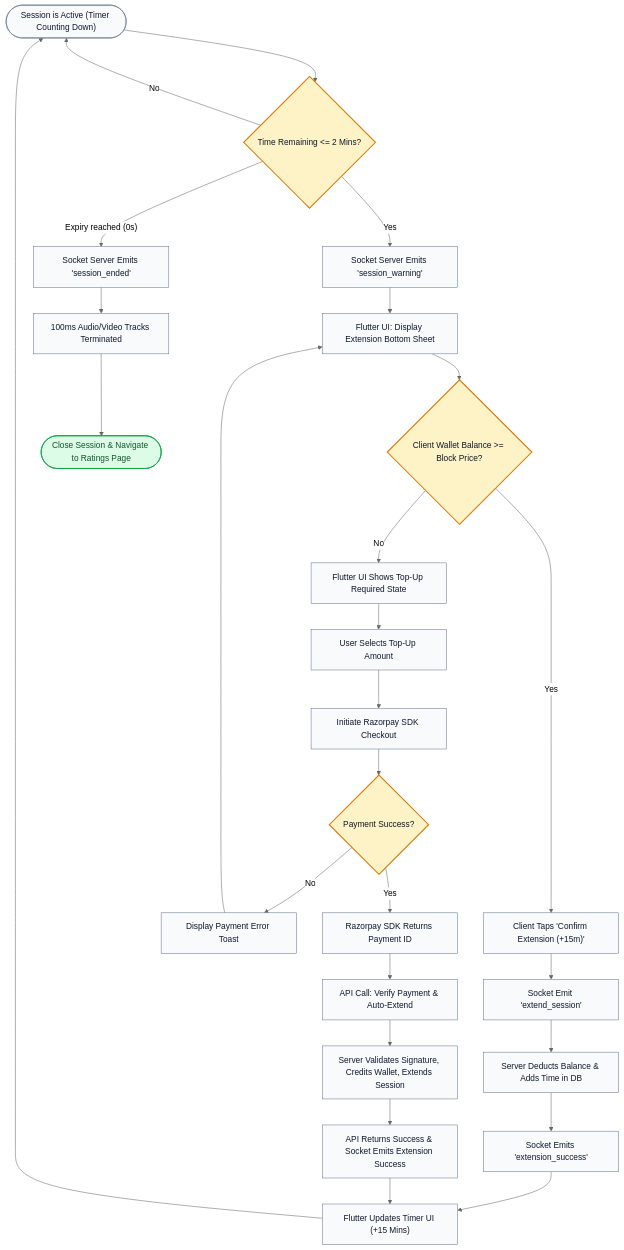
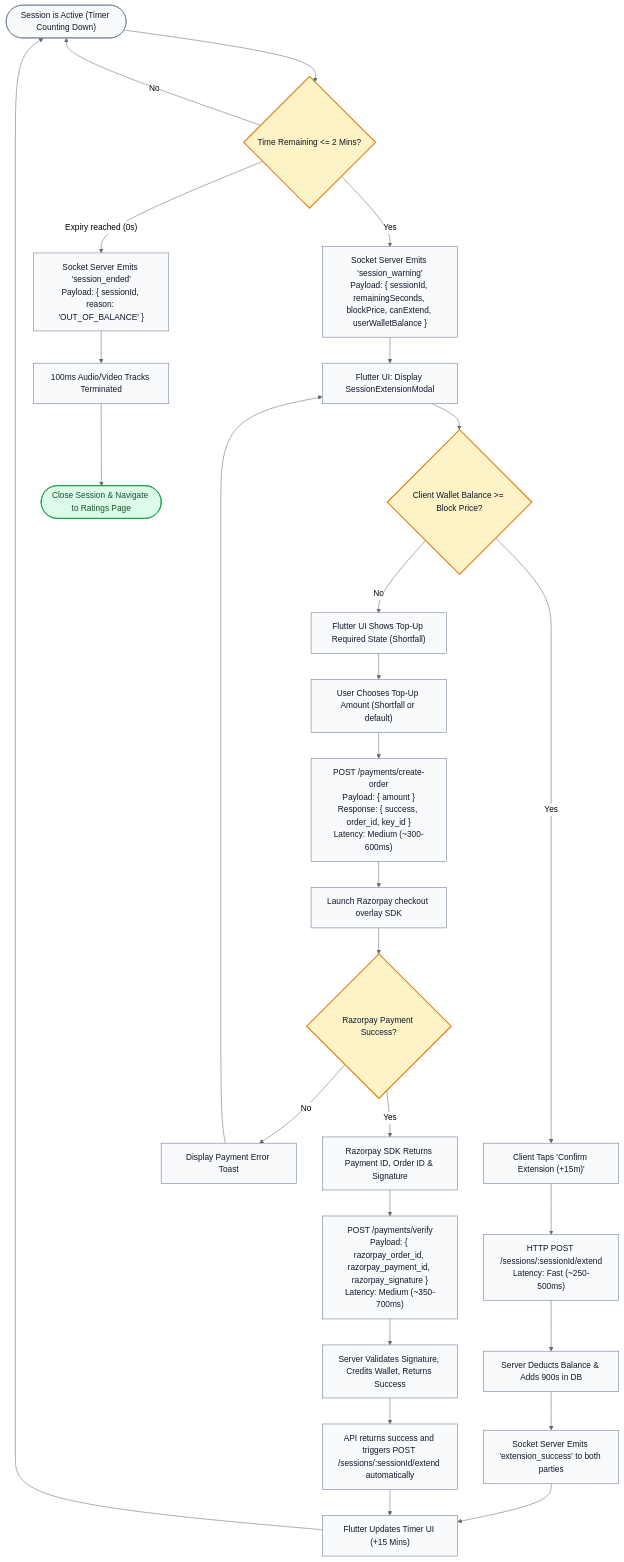
One commit to RudrakshRakeshZodage/Workflow_1 changed the fifth of 7 diagrams in README.md. Above: the diagram before and after it, drawn with Mermaid (neutral theme). The commit also changed other lines of this file, not shown here.

````diff
--- a/README.md
+++ b/README.md
@@ -261,50 +309,51 @@
 ```mermaid
 flowchart TD
     %% Styling
     classDef state fill:#f8fafc,stroke:#64748b,stroke-width:1px,color:#0f172a;
     classDef event fill:#f1f5f9,stroke:#3b82f6,stroke-width:1.5px,color:#1e3a8a;
     classDef decision fill:#fef3c7,stroke:#d97706,stroke-width:2px,color:#0f172a;
     classDef action fill:#dcfce7,stroke:#16a34a,stroke-width:1.5px,color:#14532d;
     classDef danger fill:#fee2e2,stroke:#dc2626,stroke-width:2px,color:#7f1d1d;
 
     ActiveSession(["Session is Active (Timer Counting Down)"]) --> TimerCheck{"Time Remaining <= 2 Mins?"}
     
     TimerCheck -- No --> ActiveSession
     
-    TimerCheck -- Yes --> EmitWarning["Socket Server Emits 'session_warning'"]
+    TimerCheck -- Yes --> EmitWarning["Socket Server Emits 'session_warning'<br/>Payload: { sessionId, remainingSeconds, blockPrice, canExtend, userWalletBalance }"]
     
-    EmitWarning --> ShowBottomSheet["Flutter UI: Display Extension Bottom Sheet"]
+    EmitWarning --> ShowBottomSheet["Flutter UI: Display SessionExtensionModal"]
     
     ShowBottomSheet --> CheckBalance{"Client Wallet Balance >= Block Price?"}
     
     CheckBalance -- Yes --> ConfirmExtend["Client Taps 'Confirm Extension (+15m)'"]
-    ConfirmExtend --> EmitExtend["Socket Emit 'extend_session'"]
-    EmitExtend --> DBUpdate["Server Deducts Balance & Adds Time in DB"]
-    DBUpdate --> SuccessAck["Socket Emits 'extension_success'"]
+    ConfirmExtend --> EmitExtend["HTTP POST /sessions/:sessionId/extend<br/>Latency: Fast (~250-500ms)"]
+    EmitExtend --> DBUpdate["Server Deducts Balance & Adds 900s in DB"]
+    DBUpdate --> SuccessAck["Socket Server Emits 'extension_success' to both parties"]
     SuccessAck --> ExtendCountdown["Flutter Updates Timer UI (+15 Mins)"]
     ExtendCountdown --> ActiveSession
 
-    CheckBalance -- No --> PromptTopUp["Flutter UI Shows Top-Up Required State"]
+    CheckBalance -- No --> PromptTopUp["Flutter UI Shows Top-Up Required State (Shortfall)"]
     
-    PromptTopUp --> SelectAmount["User Selects Top-Up Amount"]
-    SelectAmount --> InitRazorpay["Initiate Razorpay SDK Checkout"]
+    PromptTopUp --> SelectAmount["User Chooses Top-Up Amount (Shortfall or default)"]
+    SelectAmount --> InitRazorpay["POST /payments/create-order<br/>Payload: { amount }<br/>Response: { success, order_id, key_id }<br/>Latency: Medium (~300-600ms)"]
     
-    InitRazorpay --> RazorpayProcess{"Payment Success?"}
+    InitRazorpay --> RazorpayOverlay["Launch Razorpay checkout overlay SDK"]
+    RazorpayOverlay --> RazorpayProcess{"Razorpay Payment Success?"}
     
     RazorpayProcess -- No --> PaymentFailed["Display Payment Error Toast"]
     PaymentFailed --> ShowBottomSheet
     
-    RazorpayProcess -- Yes --> RazorpayCallback["Razorpay SDK Returns Payment ID"]
-    RazorpayCallback --> VerifyPayment["API Call: Verify Payment & Auto-Extend"]
-    VerifyPayment --> APIDBUpdate["Server Validates Signature, Credits Wallet, Extends Session"]
-    APIDBUpdate --> APISuccessAck["API Returns Success & Socket Emits Extension Success"]
+    RazorpayProcess -- Yes --> RazorpayCallback["Razorpay SDK Returns Payment ID, Order ID & Signature"]
+    RazorpayCallback --> VerifyPayment["POST /payments/verify<br/>Payload: { razorpay_order_id, razorpay_payment_id, razorpay_signature }<br/>Latency: Medium (~350-700ms)"]
+    VerifyPayment --> APIDBUpdate["Server Validates Signature, Credits Wallet, Returns Success"]
+    APIDBUpdate --> APISuccessAck["API returns success and triggers POST /sessions/:sessionId/extend automatically"]
     APISuccessAck --> ExtendCountdown
 
-    TimerCheck -- Expiry reached (0s) --> EndSession["Socket Server Emits 'session_ended'"]
+    TimerCheck -- Expiry reached (0s) --> EndSession["Socket Server Emits 'session_ended'<br/>Payload: { sessionId, reason: 'OUT_OF_BALANCE' }"]
     EndSession --> TerminateTracks["100ms Audio/Video Tracks Terminated"]
     TerminateTracks --> GoToFeedback(["Close Session & Navigate to Ratings Page"])
 
-    class ActiveSession,EmitWarning,ShowBottomSheet,ConfirmExtend,EmitExtend,DBUpdate,SuccessAck,ExtendCountdown,PromptTopUp,SelectAmount,InitRazorpay,RazorpayCallback,VerifyPayment,APIDBUpdate,APISuccessAck,PaymentFailed,EndSession,TerminateTracks state;
+    class ActiveSession,EmitWarning,ShowBottomSheet,ConfirmExtend,EmitExtend,DBUpdate,SuccessAck,ExtendCountdown,PromptTopUp,SelectAmount,InitRazorpay,RazorpayOverlay,RazorpayCallback,VerifyPayment,APIDBUpdate,APISuccessAck,PaymentFailed,EndSession,TerminateTracks state;
     class TimerCheck,CheckBalance,RazorpayProcess decision;
     class GoToFeedback action;
 ```
````
